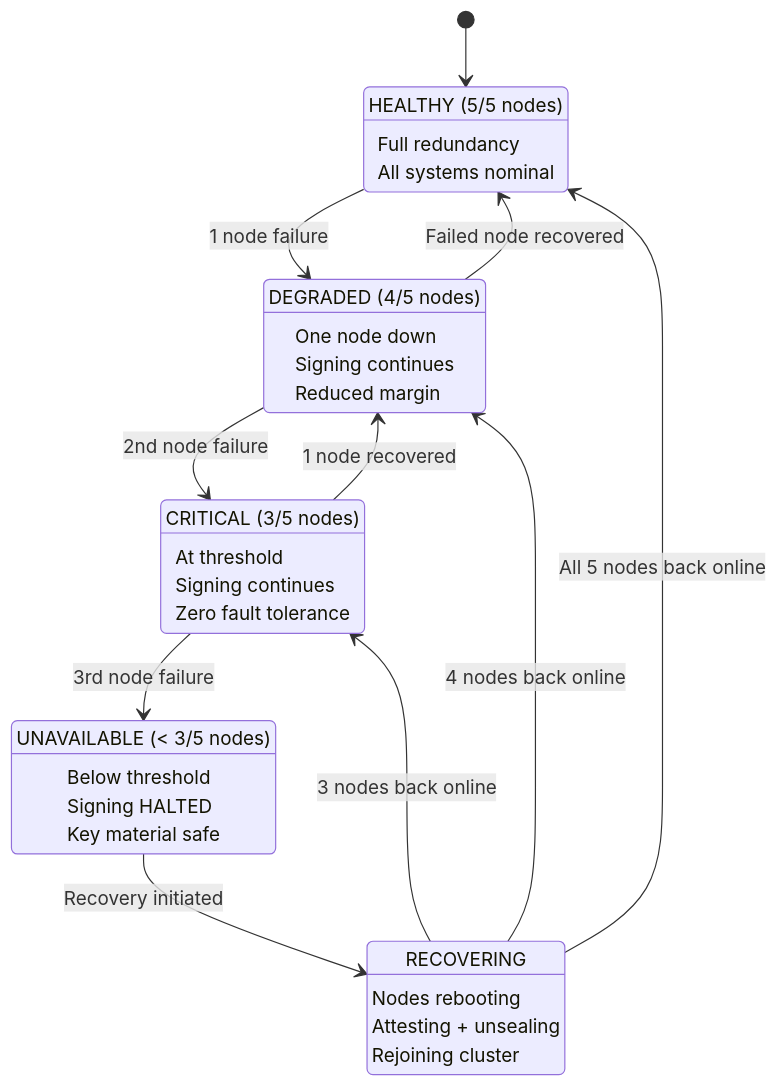
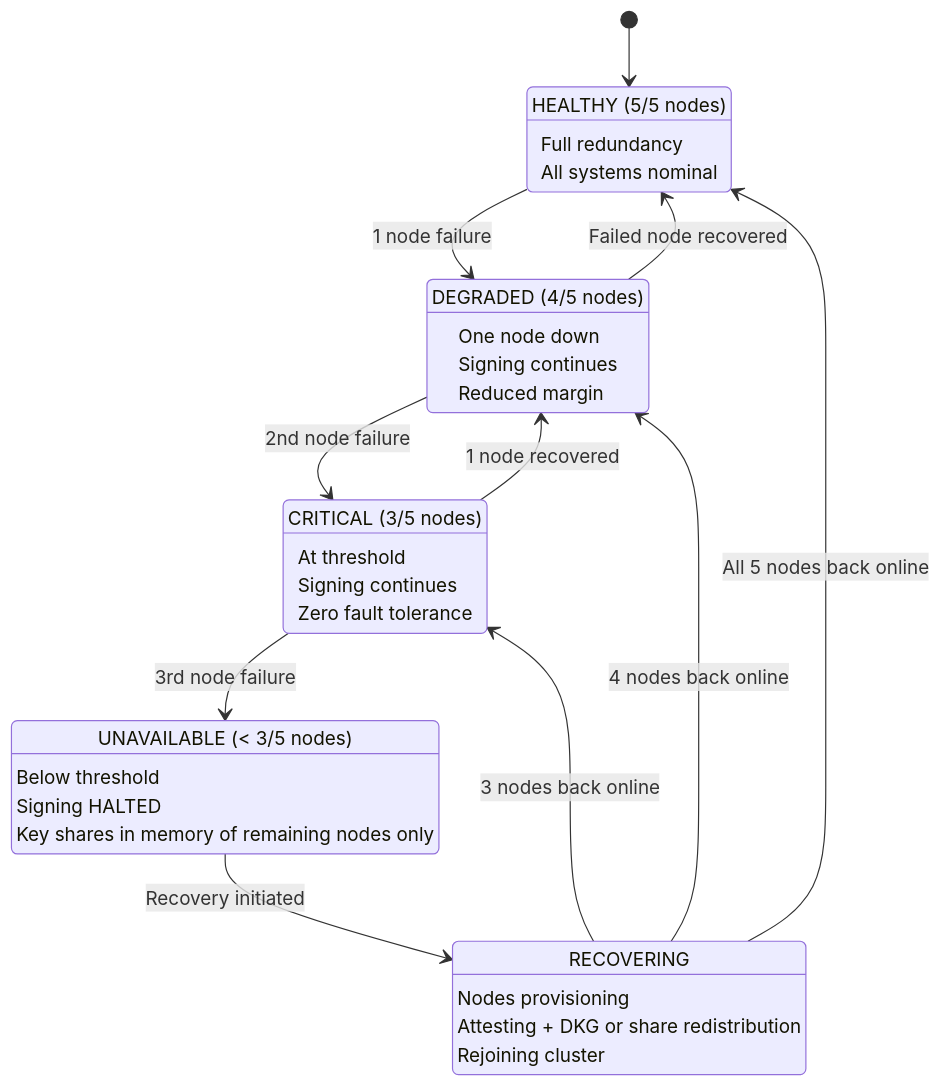
Before and after one commit to NickBorgers/confidential-computing-tsa: the sixth of 7 diagrams in docs/04-failure-modes-and-recovery.md, drawn with Mermaid. The commit also changed other lines of this file and 1 other file, not shown here.

First line of the commit message:
Adopt immutable software + ephemeral key model (Phase 3)

````diff
--- a/docs/04-failure-modes-and-recovery.md
+++ b/docs/04-failure-modes-and-recovery.md
@@ -492,38 +463,38 @@
 ```mermaid
 stateDiagram-v2
     [*] --> Healthy
 
     Healthy: HEALTHY (5/5 nodes)
     Healthy: Full redundancy
     Healthy: All systems nominal
 
     Degraded: DEGRADED (4/5 nodes)
     Degraded: One node down
     Degraded: Signing continues
     Degraded: Reduced margin
 
     Critical: CRITICAL (3/5 nodes)
     Critical: At threshold
     Critical: Signing continues
     Critical: Zero fault tolerance
 
     Unavailable: UNAVAILABLE (< 3/5 nodes)
     Unavailable: Below threshold
     Unavailable: Signing HALTED
-    Unavailable: Key material safe
+    Unavailable: Key shares in memory of remaining nodes only
 
     Recovering: RECOVERING
-    Recovering: Nodes rebooting
-    Recovering: Attesting + unsealing
+    Recovering: Nodes provisioning
+    Recovering: Attesting + DKG or share redistribution
     Recovering: Rejoining cluster
 
     Healthy --> Degraded: 1 node failure
     Degraded --> Healthy: Failed node recovered
     Degraded --> Critical: 2nd node failure
     Critical --> Degraded: 1 node recovered
     Critical --> Unavailable: 3rd node failure
     Unavailable --> Recovering: Recovery initiated
     Recovering --> Critical: 3 nodes back online
     Recovering --> Degraded: 4 nodes back online
     Recovering --> Healthy: All 5 nodes back online
 ```
````
